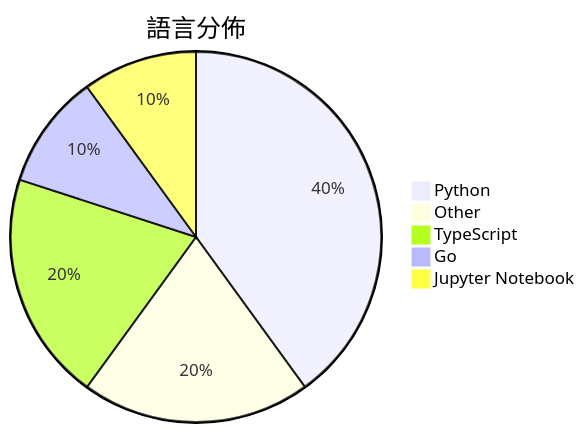
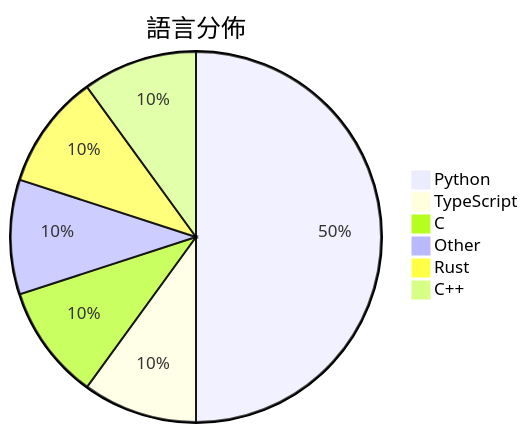
The diagram in Daily/2026-03-10.md (Lucasnocodo/github-trending-obsidian), drawn with Mermaid before and after one commit. The commit also changed other lines of this file and 13 other files, not shown here.

````diff
--- a/Daily/2026-03-10.md
+++ b/Daily/2026-03-10.md
@@ -20,8 +20,9 @@
 ```mermaid
 pie title 語言分佈
-    "Python" : 4
-    "Other" : 2
-    "TypeScript" : 2
-    "Go" : 1
-    "Jupyter Notebook" : 1
+    "Python" : 5
+    "TypeScript" : 1
+    "C" : 1
+    "Other" : 1
+    "Rust" : 1
+    "C++" : 1
 ```
````
